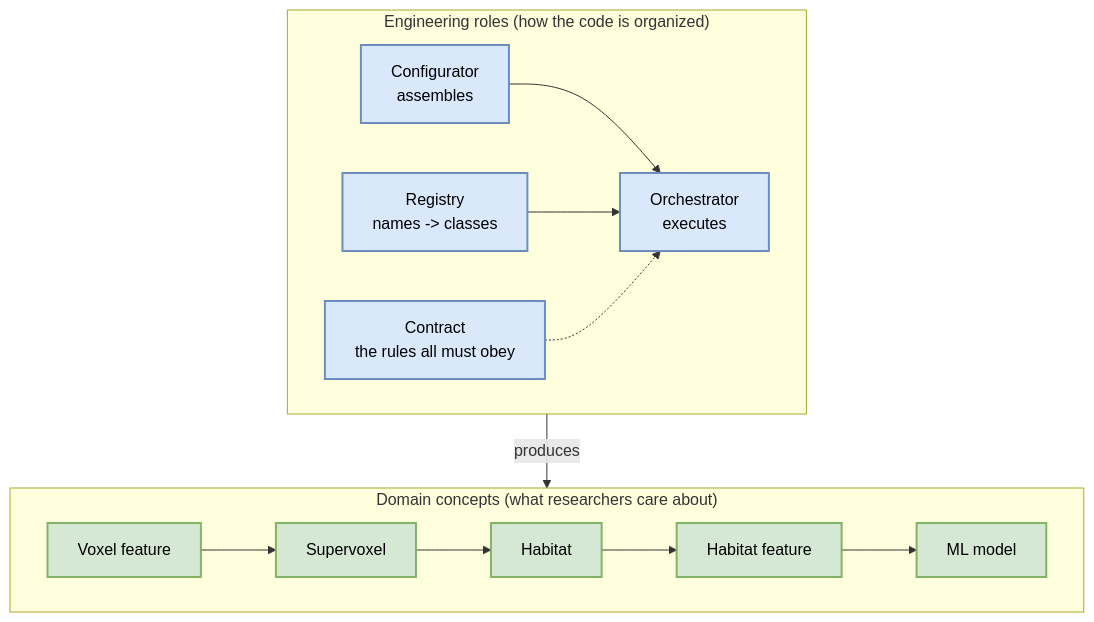
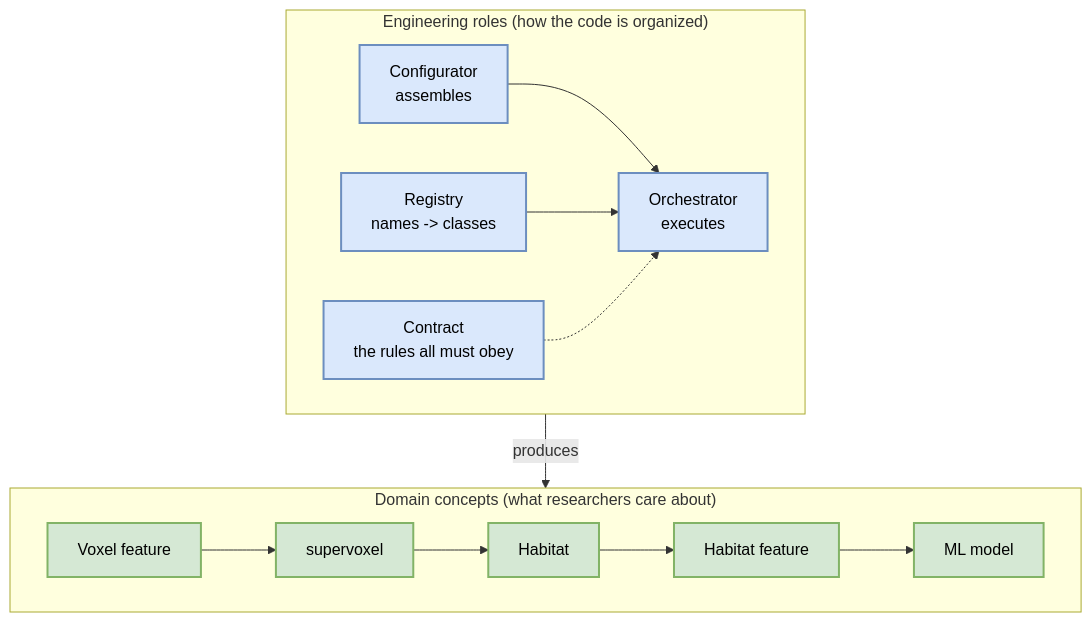
Before and after one commit to lichao312214129/HABIT: the first of 2 diagrams in docs/source/development/mental_model.rst, drawn with Mermaid. The commit also changed 142 other files, not shown here.

```diff
--- a/docs/source/development/mental_model.rst
+++ b/docs/source/development/mental_model.rst
@@ -13,17 +13,17 @@
 .. mermaid::
 
    flowchart TD
      classDef dom fill:#d5e8d4,stroke:#82b366,stroke-width:2px,color:#000;
      classDef eng fill:#dae8fc,stroke:#6c8ebf,stroke-width:2px,color:#000;
 
      subgraph Domain["Domain concepts (what researchers care about)"]
-       V["Voxel feature"]:::dom --> SV["Supervoxel"]:::dom --> H["Habitat"]:::dom --> F["Habitat feature"]:::dom --> M["ML model"]:::dom
+       V["Voxel feature"]:::dom --> SV["supervoxel"]:::dom --> H["Habitat"]:::dom --> F["Habitat feature"]:::dom --> M["ML model"]:::dom
      end
 
      subgraph Eng["Engineering roles (how the code is organized)"]
        CFG["Configurator<br/>assembles"]:::eng --> ORC["Orchestrator<br/>executes"]:::eng
        REG["Registry<br/>names -> classes"]:::eng --> ORC
        CON["Contract<br/>the rules all must obey"]:::eng -.-> ORC
      end
 
      Eng -->|produces| Domain
```
